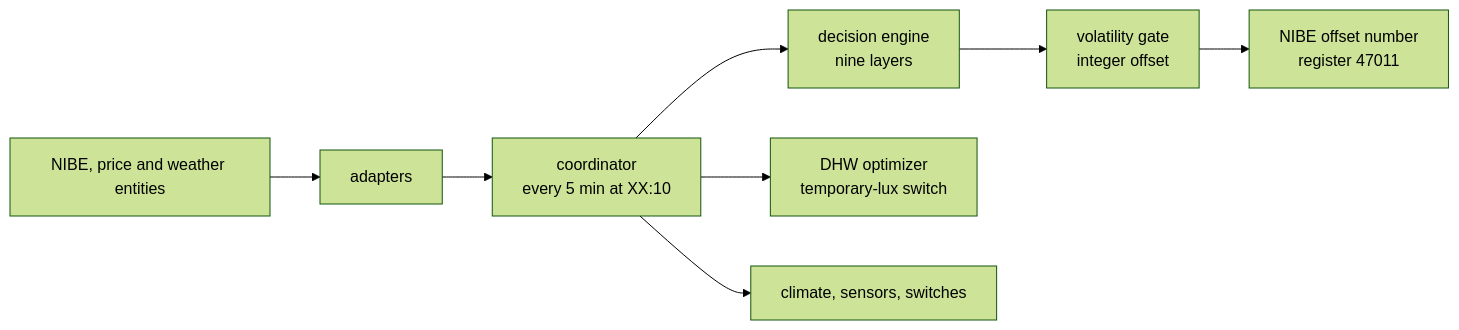
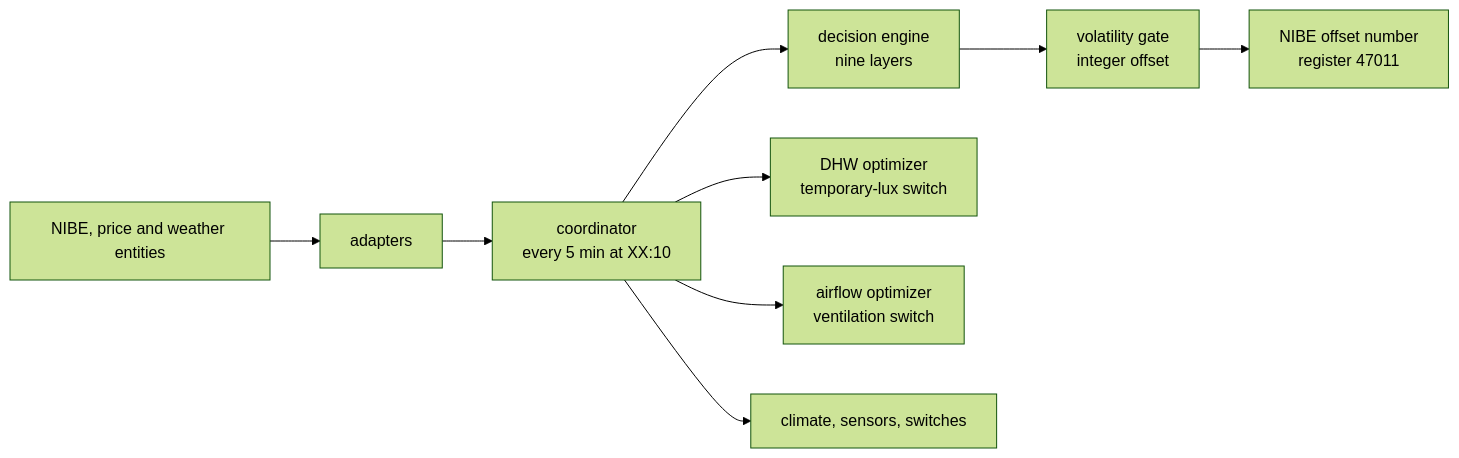
Before and after one commit to enoch85/EffektGuard: the diagram in docs/architecture/00_overview.md, drawn with Mermaid (forest theme). The commit also changed other lines of this file, not shown here.

First line of the commit message:
List the nine layers in the architecture overview, and fix what it got wrong

````diff
--- a/docs/architecture/00_overview.md
+++ b/docs/architecture/00_overview.md
@@ -10,10 +10,11 @@
 ```mermaid
 flowchart LR
     SRC["NIBE, price and weather entities"] --> AD["adapters"]
     AD --> CO["coordinator<br/>every 5 min at XX:10"]
     CO --> DE["decision engine<br/>nine layers"]
     DE --> GATE["volatility gate<br/>integer offset"]
     GATE --> REG["NIBE offset number<br/>register 47011"]
     CO --> DHW["DHW optimizer<br/>temporary-lux switch"]
+    CO --> AIR["airflow optimizer<br/>ventilation switch"]
     CO --> ENT["climate, sensors, switches"]
 ```
````
